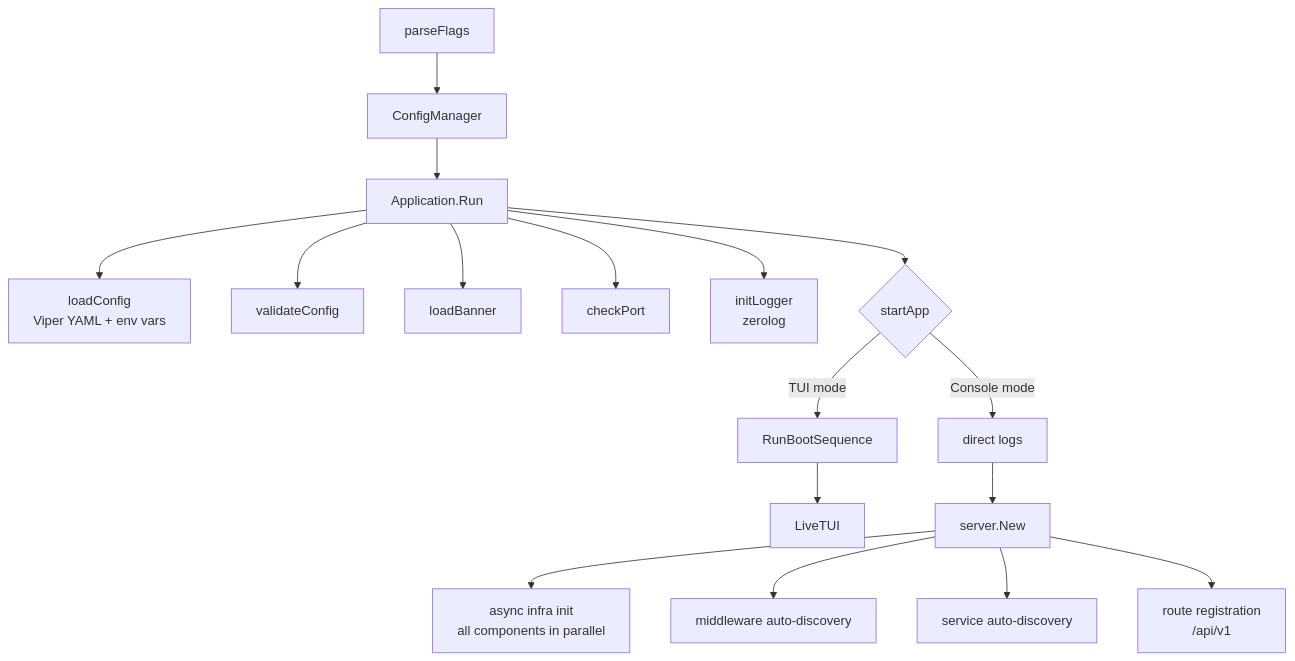
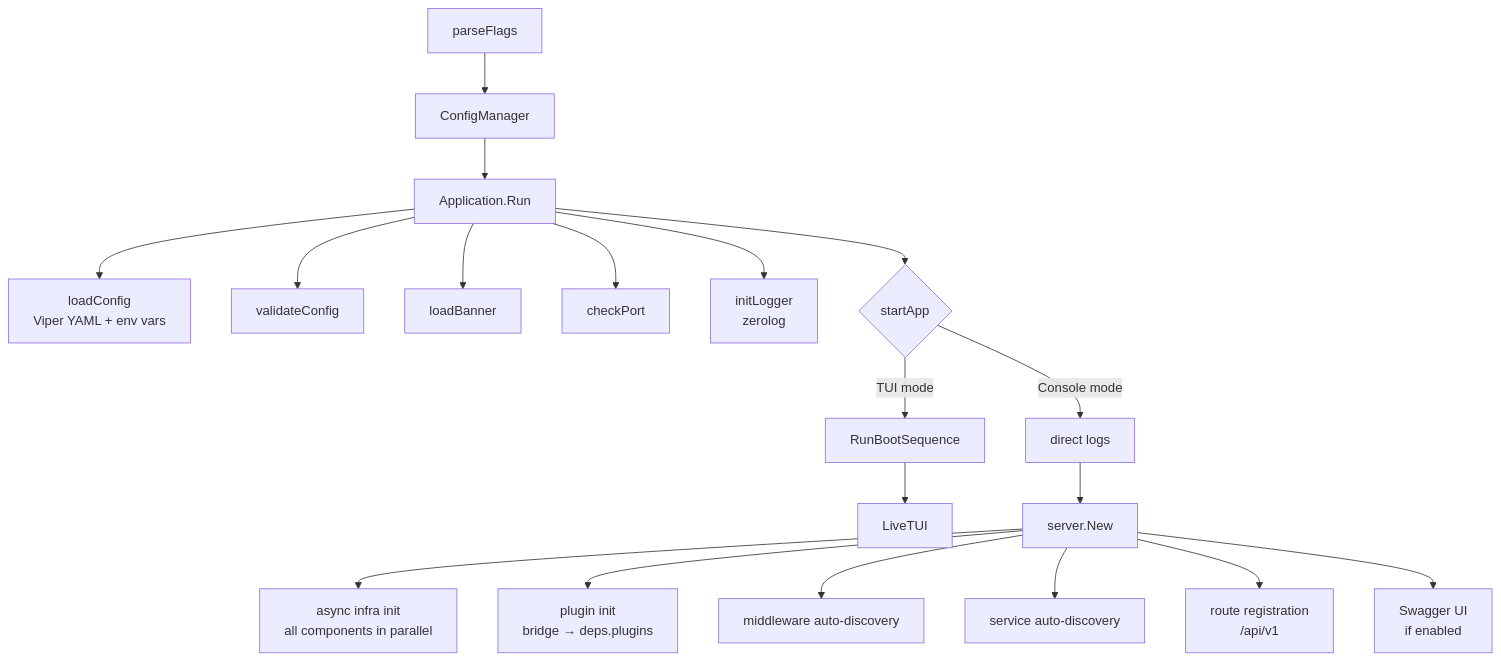
One commit to diameter-tscd/stackyrd changed the first of 4 diagrams in docs_wiki/ARCHITECTURE.md. Above: the diagram before and after it, drawn with Mermaid. The commit also changed other lines of this file and 199 other files, not shown here.

````diff
--- a/docs_wiki/ARCHITECTURE.md
+++ b/docs_wiki/ARCHITECTURE.md
@@ -16,19 +17,21 @@
 ```mermaid
 flowchart TD
     A[parseFlags] --> B[ConfigManager]
     B --> C[Application.Run]
     C --> D[loadConfig<br/>Viper YAML + env vars]
     C --> E[validateConfig]
     C --> F[loadBanner]
     C --> G[checkPort]
     C --> H[initLogger<br/>zerolog]
     C --> I{startApp}
     I -->|TUI mode| J[RunBootSequence]
     J --> K[LiveTUI]
     I -->|Console mode| L[direct logs]
     L --> M[server.New]
     M --> N[async infra init<br/>all components in parallel]
-    M --> O[middleware auto-discovery]
-    M --> P[service auto-discovery]
-    M --> Q[route registration<br/>/api/v1]
+    M --> O[plugin init<br/>bridge → deps.plugins]
+    M --> P[middleware auto-discovery]
+    M --> Q[service auto-discovery]
+    M --> R[route registration<br/>/api/v1]
+    M --> S[Swagger UI<br/>if enabled]
 ```
````
